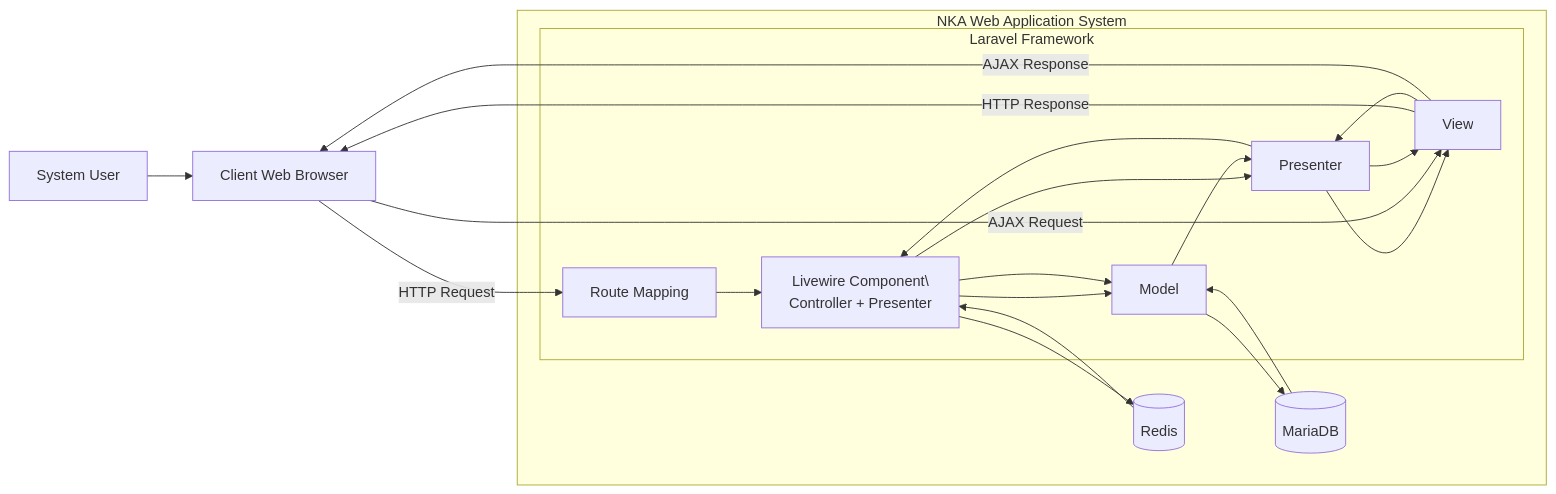
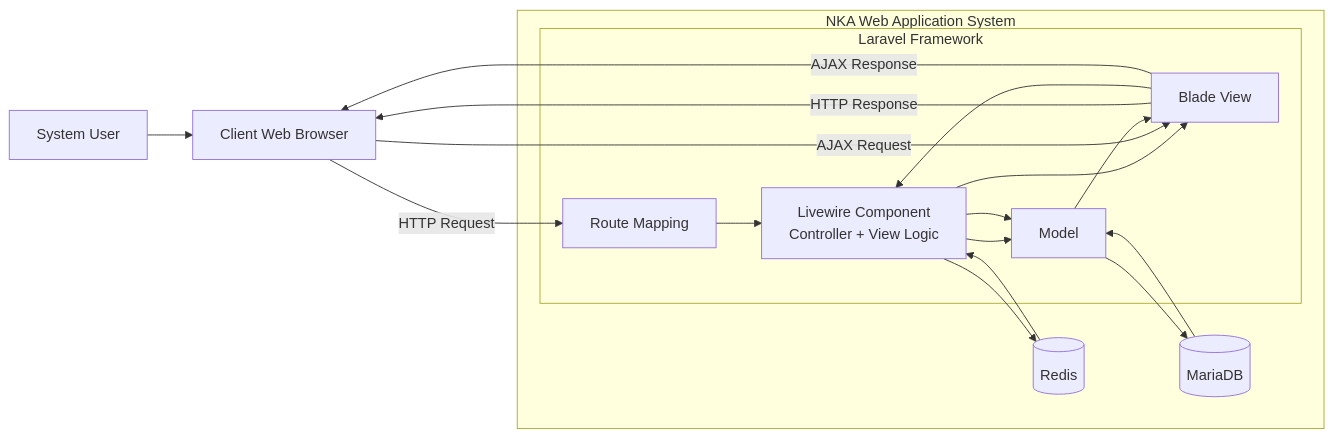
One commit to rukman-b/nka-academic-management-system changed the first of 3 diagrams in ARCHITECTURE.md. Above: the diagram before and after it, drawn with Mermaid. The commit also changed other lines of this file, not shown here.

Commit message:
docs(architecture): Add Research Ecosystem section

````diff
--- a/ARCHITECTURE.md
+++ b/ARCHITECTURE.md
@@ -43,44 +43,40 @@
 ```mermaid
 flowchart LR
 
     User[System User]
     Browser[Client Web Browser]
 
     subgraph NKA["NKA Web Application System"]
         subgraph Laravel["Laravel Framework"]
             Route[Route Mapping]
-            Component[Livewire Component\<br/> Controller + Presenter]
-            Presenter[Presenter]
-            View[View]
+            Component[Livewire Component<br/> Controller + View Logic]
+            View[Blade View]
             Model[Model]
         end
 
         Redis[(Redis)]
         DB[(MariaDB)]
     end
 
     User --> Browser
 
     Browser -->|HTTP Request| Route
     Route --> Component
 
     Component --> Model
     Model --> DB
     DB --> Model
 
-    Component --> Presenter
-    Presenter --> View
+    Component --> View
     View -->|HTTP Response| Browser
 
     Browser -->|AJAX Request| View
-    View --> Presenter
-    Presenter --> Component
+    View --> Component
 
     Component --> Redis
     Redis --> Component
 
     Component --> Model
-    Model --> Presenter
-    Presenter --> View
+    Model --> View
     View -->|AJAX Response| Browser
 ```
````
